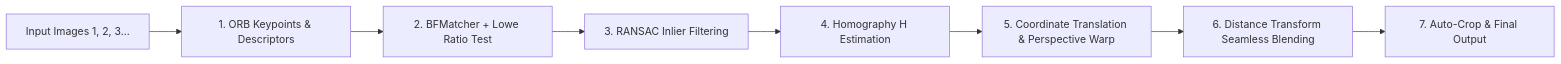
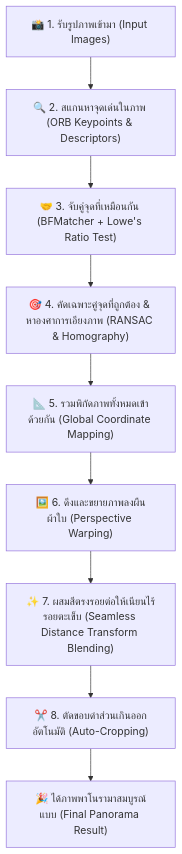
One commit to NuttavutSwu/Automatic-Panorama-Stitcher changed the diagram in README.md. Above: the diagram before and after it, drawn with Mermaid. The commit also changed other lines of this file, not shown here.

````diff
--- a/README.md
+++ b/README.md
@@ -77,10 +79,11 @@
 ```mermaid
-flowchart LR
-    A[Input Images 1, 2, 3...] --> B[1. ORB Keypoints & Descriptors]
-    B --> C[2. BFMatcher + Lowe Ratio Test]
-    C --> D[3. RANSAC Inlier Filtering]
-    D --> E[4. Homography H Estimation]
-    E --> F[5. Coordinate Translation & Perspective Warp]
-    F --> G[6. Distance Transform Seamless Blending]
-    G --> H[7. Auto-Crop & Final Output]
+flowchart TD
+    A["📸 1. รับรูปภาพเข้ามา (Input Images)"] --> B["🔍 2. สแกนหาจุดเด่นในภาพ (ORB Keypoints & Descriptors)"]
+    B --> C["🤝 3. จับคู่จุดที่เหมือนกัน (BFMatcher + Lowe's Ratio Test)"]
+    C --> D["🎯 4. คัดเฉพาะคู่จุดที่ถูกต้อง & หาองศาการเอียงภาพ (RANSAC & Homography)"]
+    D --> E["📐 5. รวมพิกัดภาพทั้งหมดเข้าด้วยกัน (Global Coordinate Mapping)"]
+    E --> F["🖼️ 6. ดึงและขยายภาพลงผืนผ้าใบ (Perspective Warping)"]
+    F --> G["✨ 7. ผสมสีตรงรอยต่อให้เนียนไร้รอยตะเข็บ (Seamless Distance Transform Blending)"]
+    G --> H["✂️ 8. ตัดขอบดำส่วนเกินออกอัตโนมัติ (Auto-Cropping)"]
+    H --> I["🎉 ได้ภาพพาโนรามาสมบูรณ์แบบ (Final Panorama Result)"]
 ```
````
